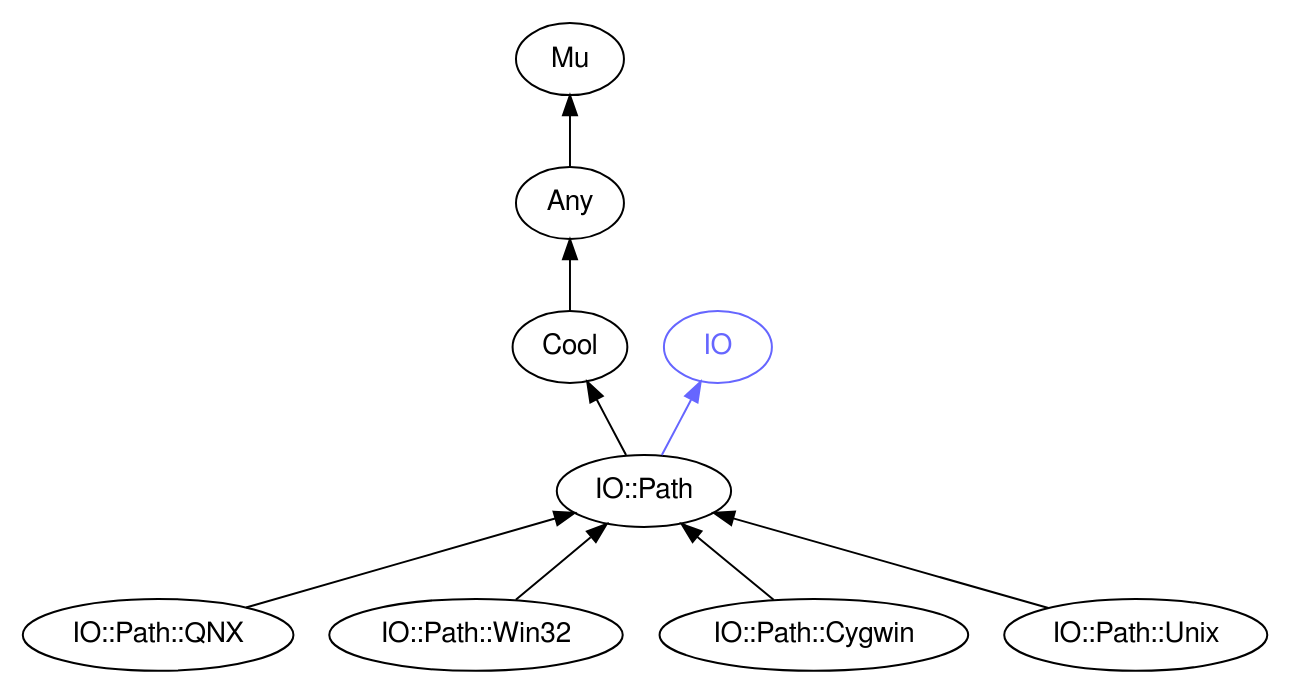
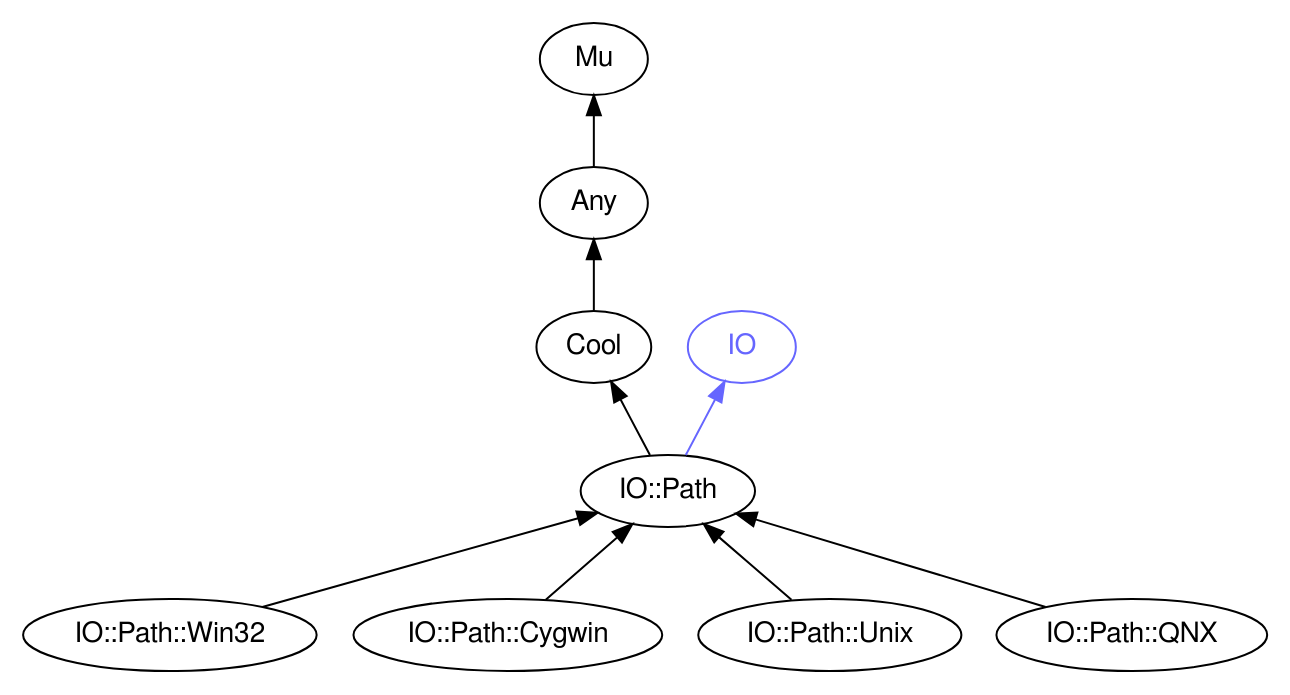
One commit to uzluisf/rakudoc changed the diagram in images/type-graph-IO::Path.svg.dot. Above: the diagram before and after it, drawn with Graphviz. The commit also changed other lines of this file and 1890 other files, not shown here.

```diff
--- a/images/type-graph-IO::Path.svg.dot
+++ b/images/type-graph-IO::Path.svg.dot
@@ -1,27 +1,27 @@
 digraph "perl6-type-graph" {
     rankdir=BT;
     splines=polyline;
     overlap=false; 
     // Types
     "IO::Path" [color="#000000", fontcolor="#000000", href="/type/IO::Path", fontname="FreeSans"];
     "Mu" [color="#000000", fontcolor="#000000", href="/type/Mu", fontname="FreeSans"];
     "Any" [color="#000000", fontcolor="#000000", href="/type/Any", fontname="FreeSans"];
     "Cool" [color="#000000", fontcolor="#000000", href="/type/Cool", fontname="FreeSans"];
     "IO" [color="#6666FF", fontcolor="#6666FF", href="/type/IO", fontname="FreeSans"];
-    "IO::Path::QNX" [color="#000000", fontcolor="#000000", href="/type/IO::Path::QNX", fontname="FreeSans"];
     "IO::Path::Win32" [color="#000000", fontcolor="#000000", href="/type/IO::Path::Win32", fontname="FreeSans"];
     "IO::Path::Cygwin" [color="#000000", fontcolor="#000000", href="/type/IO::Path::Cygwin", fontname="FreeSans"];
     "IO::Path::Unix" [color="#000000", fontcolor="#000000", href="/type/IO::Path::Unix", fontname="FreeSans"];
+    "IO::Path::QNX" [color="#000000", fontcolor="#000000", href="/type/IO::Path::QNX", fontname="FreeSans"];
 
     // Superclasses
     "IO::Path" -> "Cool" [color="#000000"];
     "Any" -> "Mu" [color="#000000"];
     "Cool" -> "Any" [color="#000000"];
-    "IO::Path::QNX" -> "IO::Path" [color="#000000"];
     "IO::Path::Win32" -> "IO::Path" [color="#000000"];
     "IO::Path::Cygwin" -> "IO::Path" [color="#000000"];
     "IO::Path::Unix" -> "IO::Path" [color="#000000"];
+    "IO::Path::QNX" -> "IO::Path" [color="#000000"];
 
     // Roles
     "IO::Path" -> "IO" [color="#6666FF"];
 }
```
